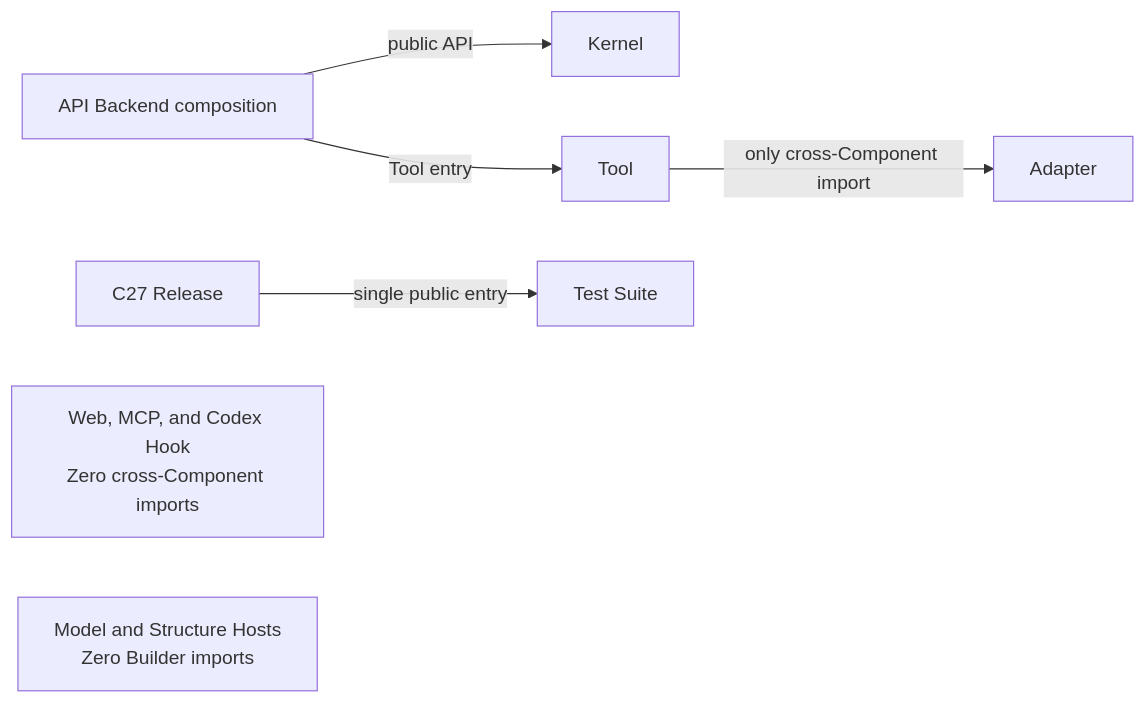
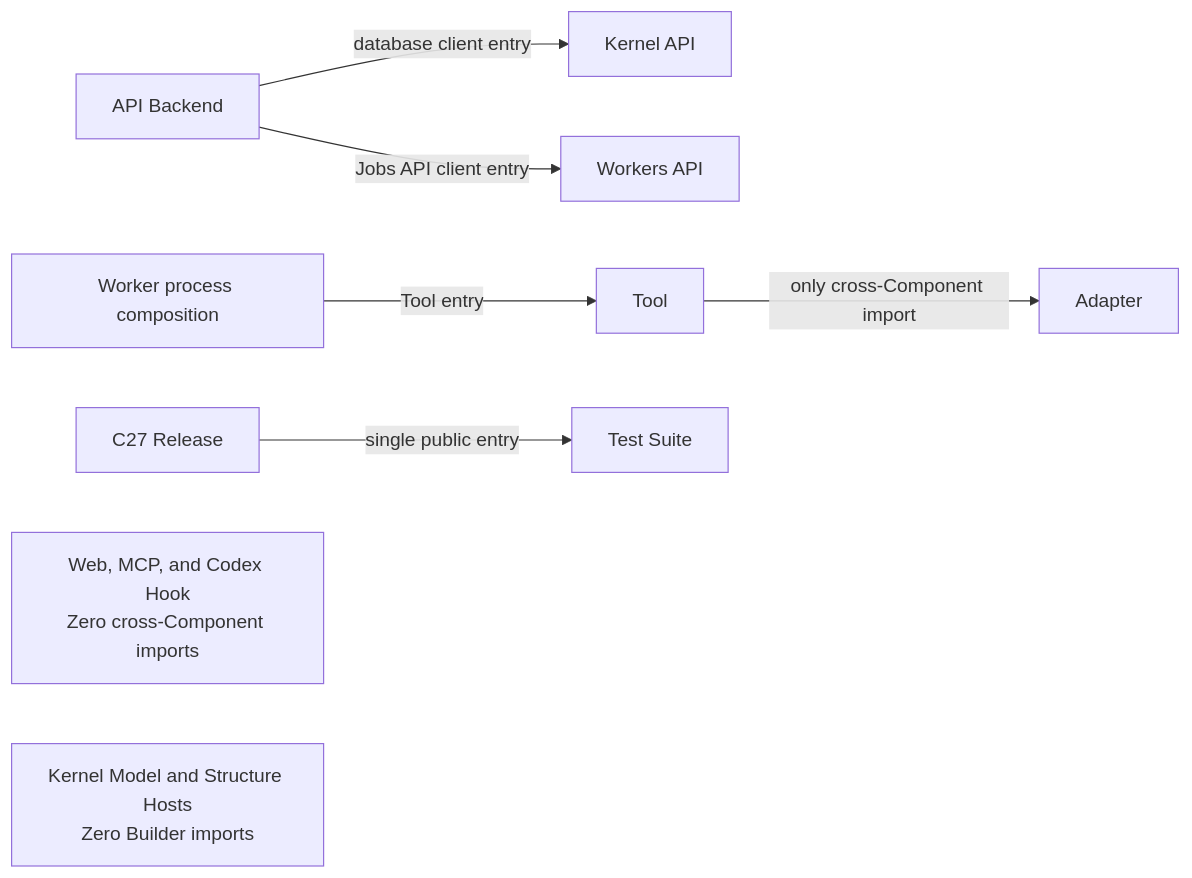
One commit to anatoly-m-maslennikov/anechoic-graph-sdd-framework changed the second of 2 diagrams in _anechoic_anechoic/__TKT/TASKS/AN-T-2944-EPIC--define-and-apply-component-import-boundaries.md. Above: the diagram before and after it, drawn with Mermaid. The commit also changed other lines of this file and 2 other files, not shown here.

Commit message:
docs: separate query and worker runtime boundaries

````diff
--- a/_anechoic_anechoic/__TKT/TASKS/AN-T-2944-EPIC--define-and-apply-component-import-boundaries.md
+++ b/_anechoic_anechoic/__TKT/TASKS/AN-T-2944-EPIC--define-and-apply-component-import-boundaries.md
@@ -90,10 +90,11 @@
 ```mermaid
 flowchart LR
-    API["API Backend composition"] -->|public API| KERNEL["Kernel"]
-    API -->|Tool entry| TOOL["Tool"]
+    API["API Backend"] -->|database client entry| KERNEL["Kernel API"]
+    API -->|Jobs API client entry| JOBS["Workers API"]
+    WRUN["Worker process composition"] -->|Tool entry| TOOL["Tool"]
     TOOL -->|only cross-Component import| ADAPTER["Adapter"]
     RELEASE["C27 Release"] -->|single public entry| SUITE["Test Suite"]
 
     ENTRY["Web, MCP, and Codex Hook<br/>Zero cross-Component imports"]
-    READERS["Model and Structure Hosts<br/>Zero Builder imports"]
+    READERS["Kernel Model and Structure Hosts<br/>Zero Builder imports"]
 ```
````
